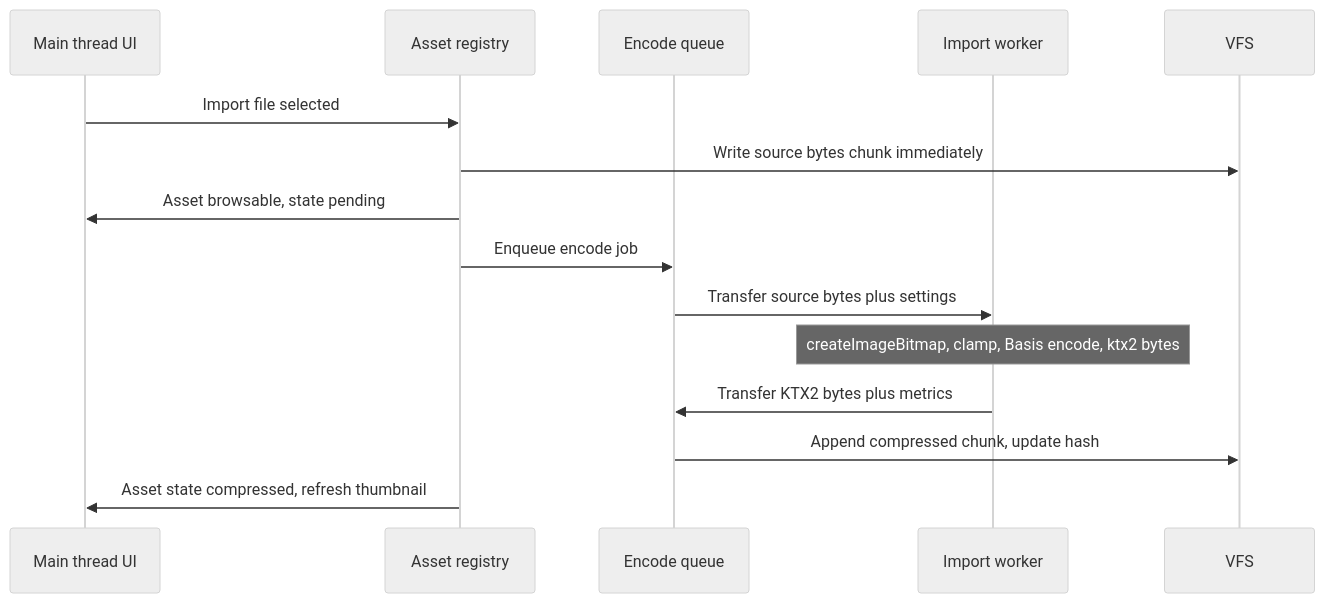
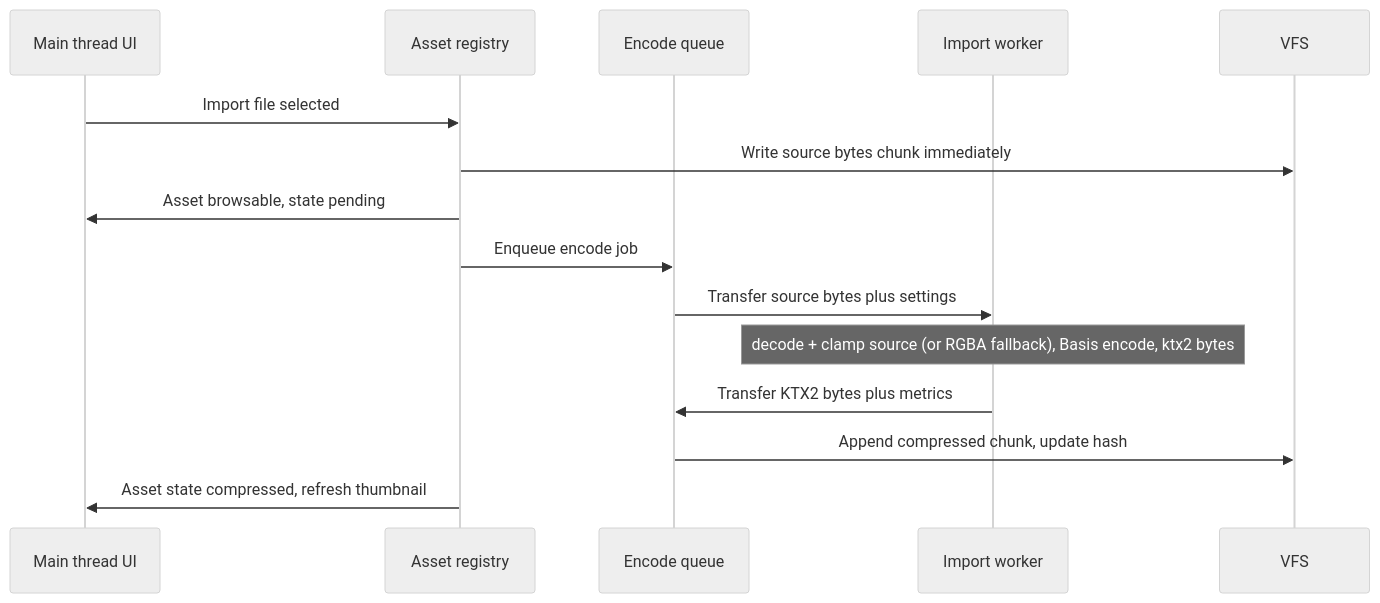
The second of 3 diagrams in docs/engineplan.md (hideoutgames/BabylonSlate), drawn with Mermaid (neutral theme) before and after one commit. The commit also changed other lines of this file and 9 other files, not shown here.

````diff
--- a/docs/engineplan.md
+++ b/docs/engineplan.md
@@ -448,18 +448,18 @@
 ```mermaid
 sequenceDiagram
   participant UI as Main thread UI
   participant Reg as Asset registry
   participant Q as Encode queue
   participant W as Import worker
   participant VFS as VFS
 
   UI->>Reg: Import file selected
   Reg->>VFS: Write source bytes chunk immediately
   Reg->>UI: Asset browsable, state pending
   Reg->>Q: Enqueue encode job
   Q->>W: Transfer source bytes plus settings
-  Note over W: createImageBitmap, clamp, Basis encode, ktx2 bytes
+  Note over W: decode + clamp source (or RGBA fallback), Basis encode, ktx2 bytes
   W->>Q: Transfer KTX2 bytes plus metrics
   Q->>VFS: Append compressed chunk, update hash
   Reg->>UI: Asset state compressed, refresh thumbnail
 ```
````
